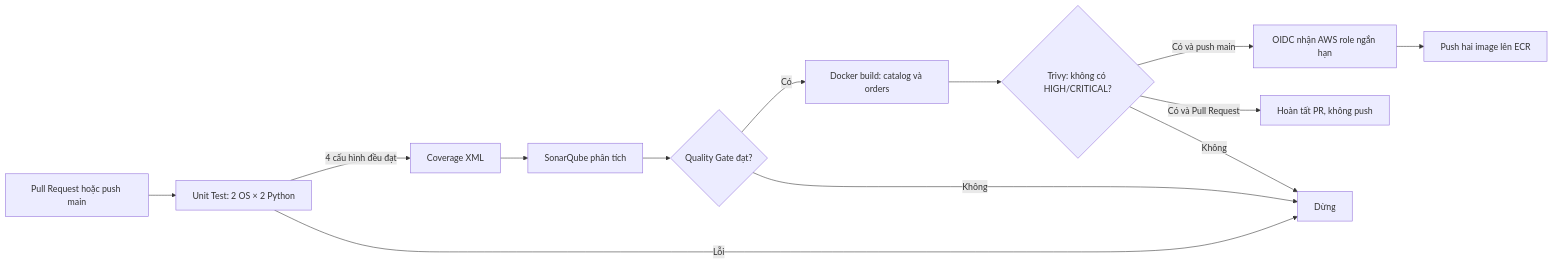
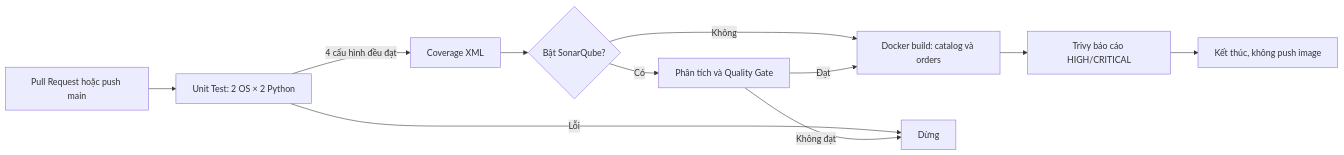
Before and after one commit to anhhao1712/gitaction: the diagram in README.md, drawn with Mermaid. The commit also changed other lines of this file and 1 other file, not shown here.

Commit message:
Simplify CI to test build and scan

````diff
--- a/README.md
+++ b/README.md
@@ -7,15 +7,13 @@
 ```mermaid
 flowchart LR
   A[Pull Request hoặc push main] --> B[Unit Test: 2 OS × 2 Python]
   B -->|4 cấu hình đều đạt| C[Coverage XML]
-  C --> D[SonarQube phân tích]
-  D --> E{Quality Gate đạt?}
-  E -->|Có| F[Docker build: catalog và orders]
-  F --> G{Trivy: không có HIGH/CRITICAL?}
-  G -->|Có và push main| H[OIDC nhận AWS role ngắn hạn]
-  H --> I[Push hai image lên ECR]
-  G -->|Có và Pull Request| J[Hoàn tất PR, không push]
+  C --> D{Bật SonarQube?}
+  D -->|Có| E[Phân tích và Quality Gate]
+  D -->|Không| F[Docker build: catalog và orders]
+  E -->|Đạt| F
+  F --> G[Trivy báo cáo HIGH/CRITICAL]
+  G --> H[Kết thúc, không push image]
   B -->|Lỗi| X[Dừng]
-  E -->|Không| X
-  G -->|Không| X
+  E -->|Không đạt| X
 ```
````
